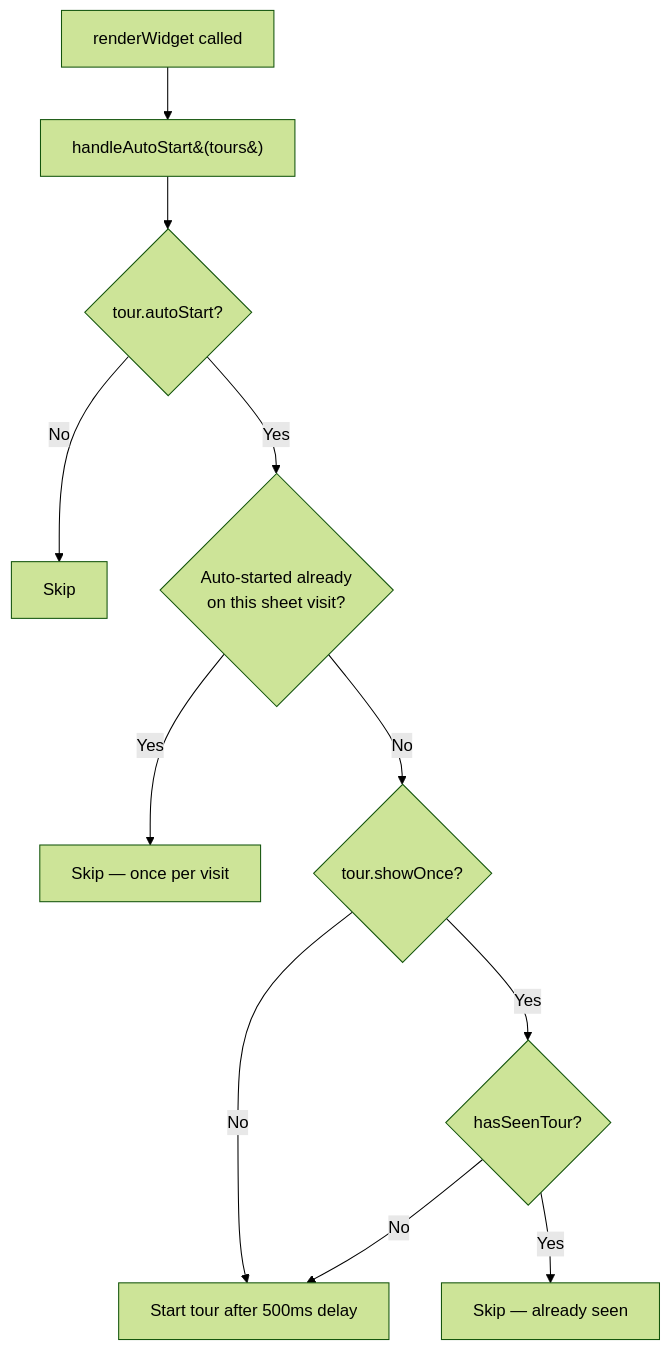
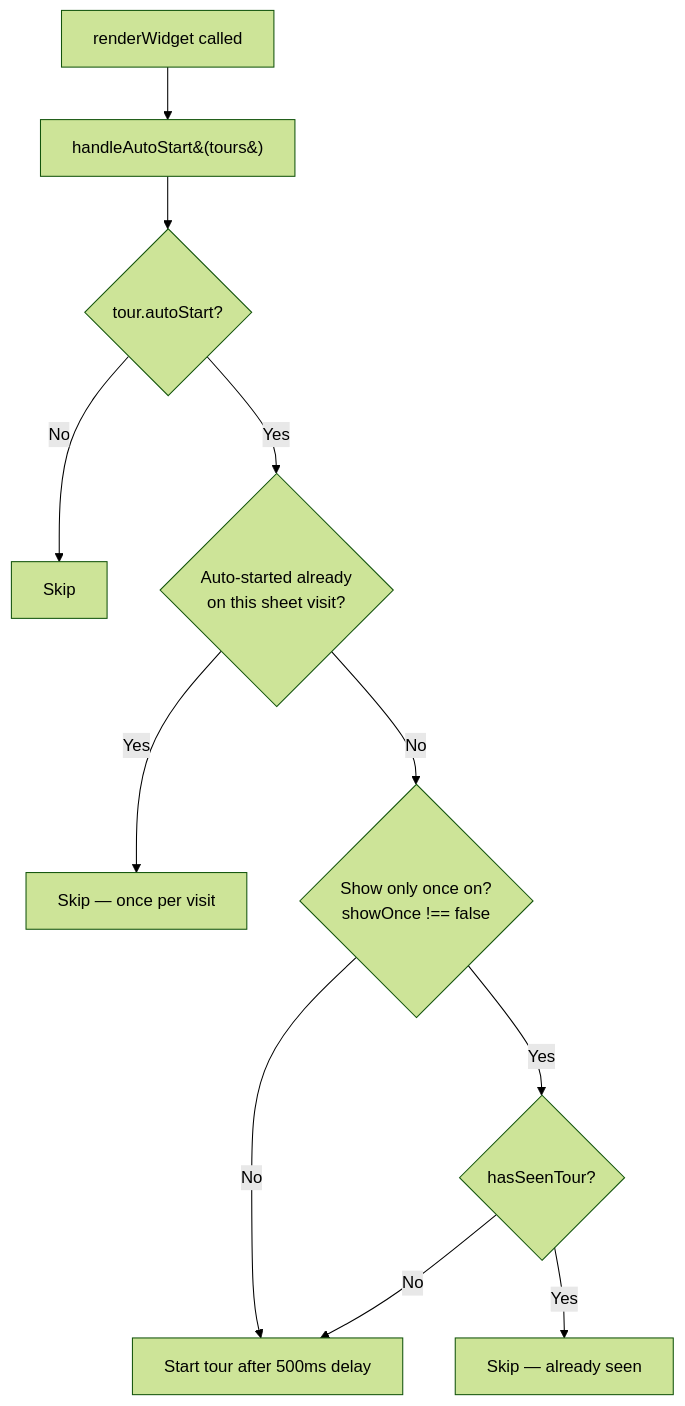
Before and after one commit to ptarmiganlabs/onboard.qs: the third of 6 diagrams in docs/TOUR-SYSTEM.md, drawn with Mermaid (forest theme).

Commit message:
docs(tour-system): show that a missing Show only once counts as on
Since #334, handleAutoStart() checks `showOnce !== false`, so a tour
saved without the setting is gated by the seen flag. The auto-start
flowchart asked `tour.showOnce?`, which reads as a truthiness check.

````diff
--- a/docs/TOUR-SYSTEM.md
+++ b/docs/TOUR-SYSTEM.md
@@ -198,13 +198,13 @@
 ```mermaid
 flowchart TD
     A[renderWidget called] --> B[handleAutoStart&#40;tours&#41;]
     B --> C{tour.autoStart?}
     C -- No --> D[Skip]
     C -- Yes --> V{Auto-started already<br/>on this sheet visit?}
     V -- Yes --> W[Skip — once per visit]
-    V -- No --> E{tour.showOnce?}
+    V -- No --> E{Show only once on?<br/>showOnce !== false}
     E -- No --> G[Start tour after 500ms delay]
     E -- Yes --> F{hasSeenTour?}
     F -- Yes --> H[Skip — already seen]
     F -- No --> G
 ```
````
